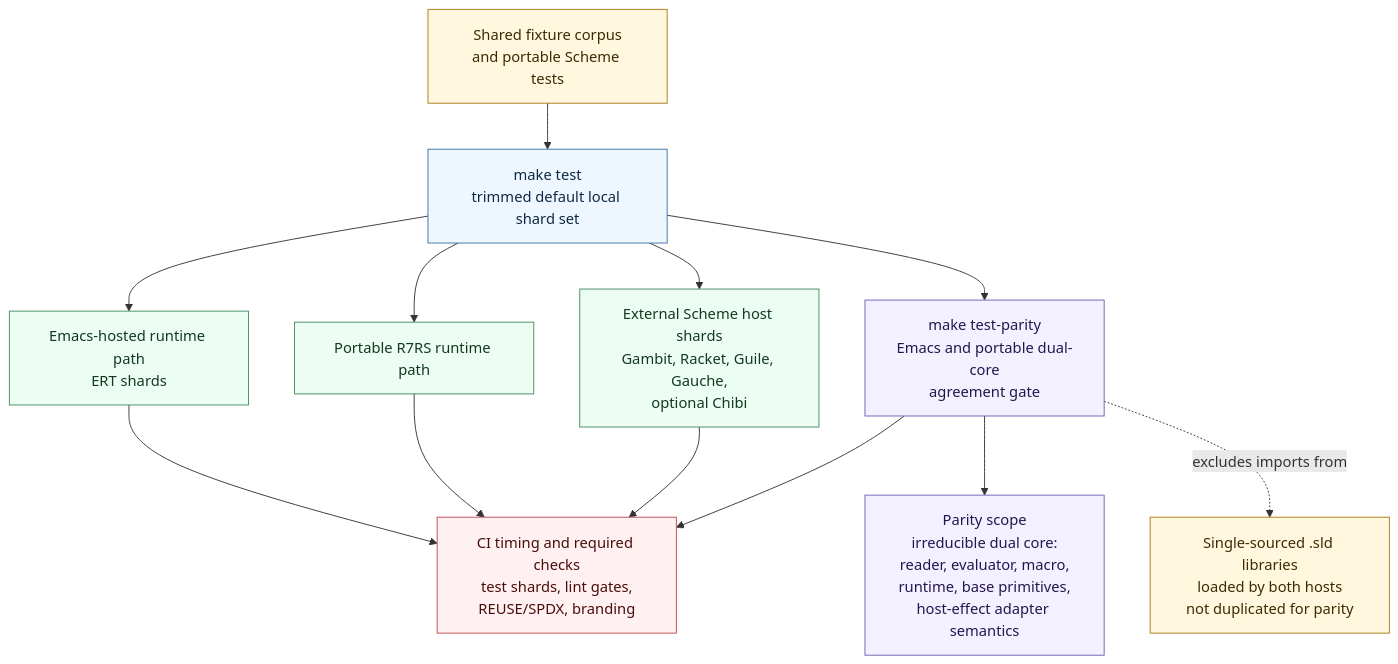
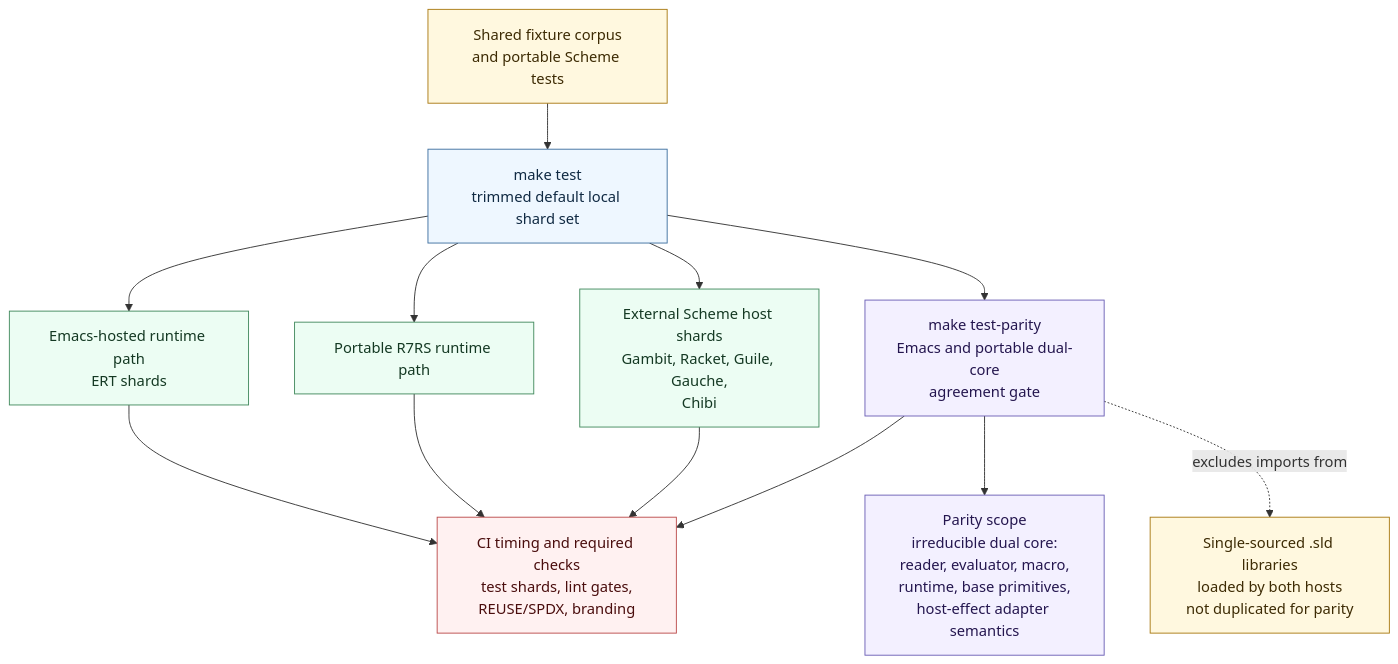
One commit to tahoma/agent-scheme changed the tenth of 10 diagrams in docs/runtime-core-diagrams.md. Above: the diagram before and after it, drawn with Mermaid. The commit also changed 4 other files, not shown here.

First line of the commit message:
ci(test): restore Chibi portable host

````diff
--- a/docs/runtime-core-diagrams.md
+++ b/docs/runtime-core-diagrams.md
@@ -445,37 +445,37 @@
 ```mermaid
 flowchart TD
   corpus["Shared fixture corpus<br/>and portable Scheme tests"]
   makeTest["make test<br/>trimmed default local shard set"]
   parity["make test-parity<br/>Emacs and portable dual-core<br/>agreement gate"]
 
   emacs["Emacs-hosted runtime path<br/>ERT shards"]
   portable["Portable R7RS runtime path"]
-  external["External Scheme host shards<br/>Gambit, Racket, Guile, Gauche,<br/>optional Chibi"]
+  external["External Scheme host shards<br/>Gambit, Racket, Guile, Gauche,<br/>Chibi"]
 
   dual["Parity scope<br/>irreducible dual core:<br/>reader, evaluator, macro,<br/>runtime, base primitives,<br/>host-effect adapter semantics"]
   shared["Single-sourced .sld libraries<br/>loaded by both hosts<br/>not duplicated for parity"]
   ci["CI timing and required checks<br/>test shards, lint gates,<br/>REUSE/SPDX, branding"]
 
   corpus --> makeTest
   makeTest --> emacs
   makeTest --> portable
   makeTest --> external
   makeTest --> parity
   parity --> dual
   parity -. "excludes imports from" .-> shared
   emacs --> ci
   portable --> ci
   external --> ci
   parity --> ci
 
   classDef source fill:#fff8df,stroke:#a97912,color:#3d2b04
   classDef command fill:#eef7ff,stroke:#3d6f9f,color:#102a43
   classDef host fill:#ecfdf3,stroke:#438a5e,color:#143923
   classDef parity fill:#f3f0ff,stroke:#6b5fb5,color:#24164f
   classDef ci fill:#fff1f1,stroke:#bb4b4b,color:#4a0d0d
   class corpus,shared source
   class makeTest command
   class emacs,portable,external host
   class parity,dual parity
   class ci ci
 ```
````
